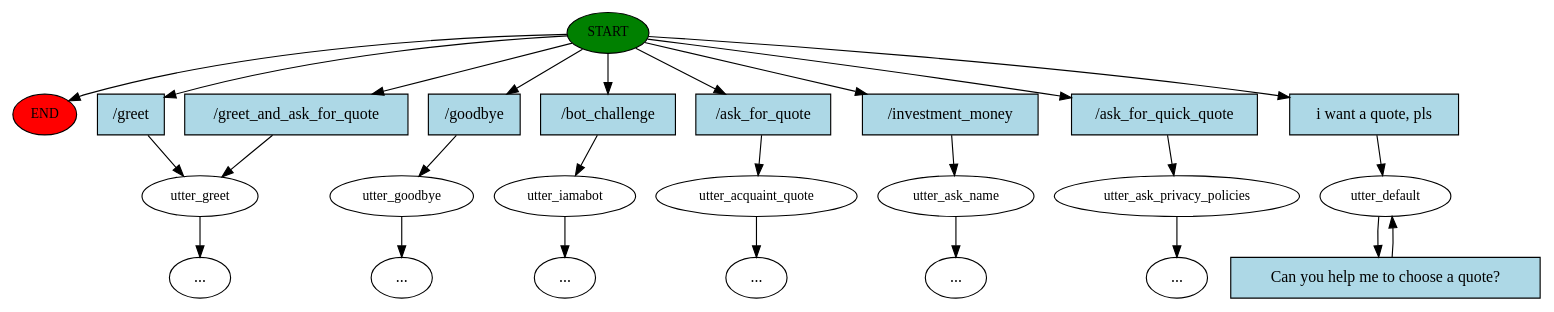
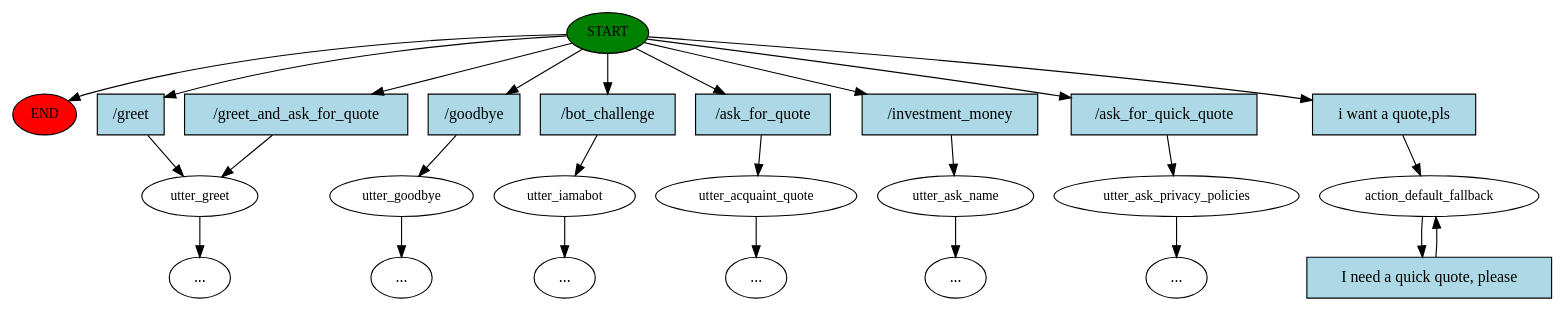
One commit to miguel-kjh/Sylvia changed the diagram in story_graph.dot. Above: the diagram before and after it, drawn with Graphviz. The commit also changed 11 other files, not shown here.

```diff
--- a/story_graph.dot
+++ b/story_graph.dot
@@ -1,51 +1,51 @@
 digraph  {
 0 [class="start active", fillcolor=green, fontsize=12, label=START, style=filled];
 "-1" [class=end, fillcolor=red, fontsize=12, label=END, style=filled];
 1 [class="", fontsize=12, label=utter_greet];
 2 [class="", fontsize=12, label=utter_goodbye];
 "-4" [class=ellipsis, label="..."];
 3 [class="", fontsize=12, label=utter_iamabot];
 "-5" [class=ellipsis, label="..."];
 12 [class="", fontsize=12, label=utter_acquaint_quote];
 "-25" [class=ellipsis, label="..."];
 "-37" [class=ellipsis, label="..."];
 36 [class="", fontsize=12, label=utter_ask_name];
 "-46" [class=ellipsis, label="..."];
 45 [class="", fontsize=12, label=utter_ask_privacy_policies];
 "-55" [class=ellipsis, label="..."];
-54 [class="active dashed", fontsize=12, label=utter_default];
+54 [class="active dashed", fontsize=12, label=action_default_fallback];
 56 [class=intent, fillcolor=lightblue, label="/greet", shape=rect, style=filled];
 57 [class=intent, fillcolor=lightblue, label="/greet_and_ask_for_quote", shape=rect, style=filled];
 58 [class=intent, fillcolor=lightblue, label="/goodbye", shape=rect, style=filled];
 59 [class=intent, fillcolor=lightblue, label="/bot_challenge", shape=rect, style=filled];
 60 [class=intent, fillcolor=lightblue, label="/ask_for_quote", shape=rect, style=filled];
 61 [class=intent, fillcolor=lightblue, label="/investment_money", shape=rect, style=filled];
 62 [class=intent, fillcolor=lightblue, label="/ask_for_quick_quote", shape=rect, style=filled];
-63 [class="intent active", fillcolor=lightblue, label="i want a quote, pls", shape=rect, style=filled];
-64 [class="intent active", fillcolor=lightblue, label="Can you help me to choose a quote?", shape=rect, style=filled];
+63 [class="intent active", fillcolor=lightblue, label="i want a quote,pls", shape=rect, style=filled];
+64 [class="intent active", fillcolor=lightblue, label="I need a quick quote, please", shape=rect, style=filled];
 0 -> "-1"  [class="", key=NONE, label=""];
 0 -> 56  [class="", key=0];
 0 -> 57  [class="", key=0];
 0 -> 58  [class="", key=0];
 0 -> 59  [class="", key=0];
 0 -> 60  [class="", key=0];
 0 -> 61  [class="", key=0];
 0 -> 62  [class="", key=0];
 0 -> 63  [class=active, key=0];
 1 -> "-25"  [class="", key=NONE, label=""];
 2 -> "-4"  [class="", key=NONE, label=""];
 3 -> "-5"  [class="", key=NONE, label=""];
 12 -> "-37"  [class="", key=NONE, label=""];
 36 -> "-46"  [class="", key=NONE, label=""];
 45 -> "-55"  [class="", key=NONE, label=""];
 54 -> 64  [class=active, key=0];
 56 -> 1  [class="", key=0];
 57 -> 1  [class="", key=0];
 58 -> 2  [class="", key=0];
 59 -> 3  [class="", key=0];
 60 -> 12  [class="", key=0];
 61 -> 36  [class="", key=0];
 62 -> 45  [class="", key=0];
 63 -> 54  [class=active, key=0];
 64 -> 54  [class=active, key=0];
 }
```
